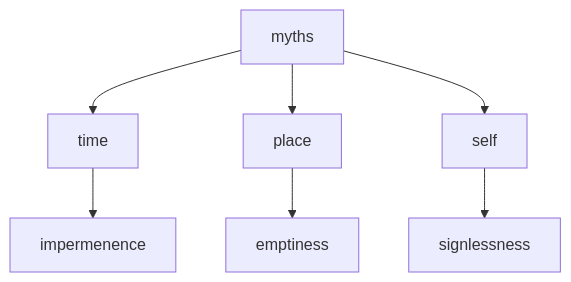
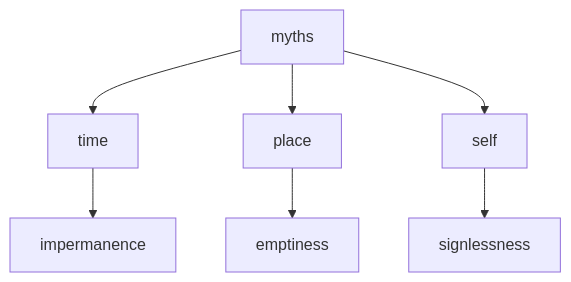
One commit to shane0/shane0.github.io changed the diagram in docs/delusion.md. Above: the diagram before and after it, drawn with Mermaid. The commit also changed other lines of this file and 27 other files, not shown here.

````diff
--- a/docs/delusion.md
+++ b/docs/delusion.md
@@ -14,6 +14,6 @@
 ```mermaid
 graph
-myths --> time --> impermenence
+myths --> time --> impermanence
 myths --> place --> emptiness
 myths --> self --> signlessness
 ```
````
